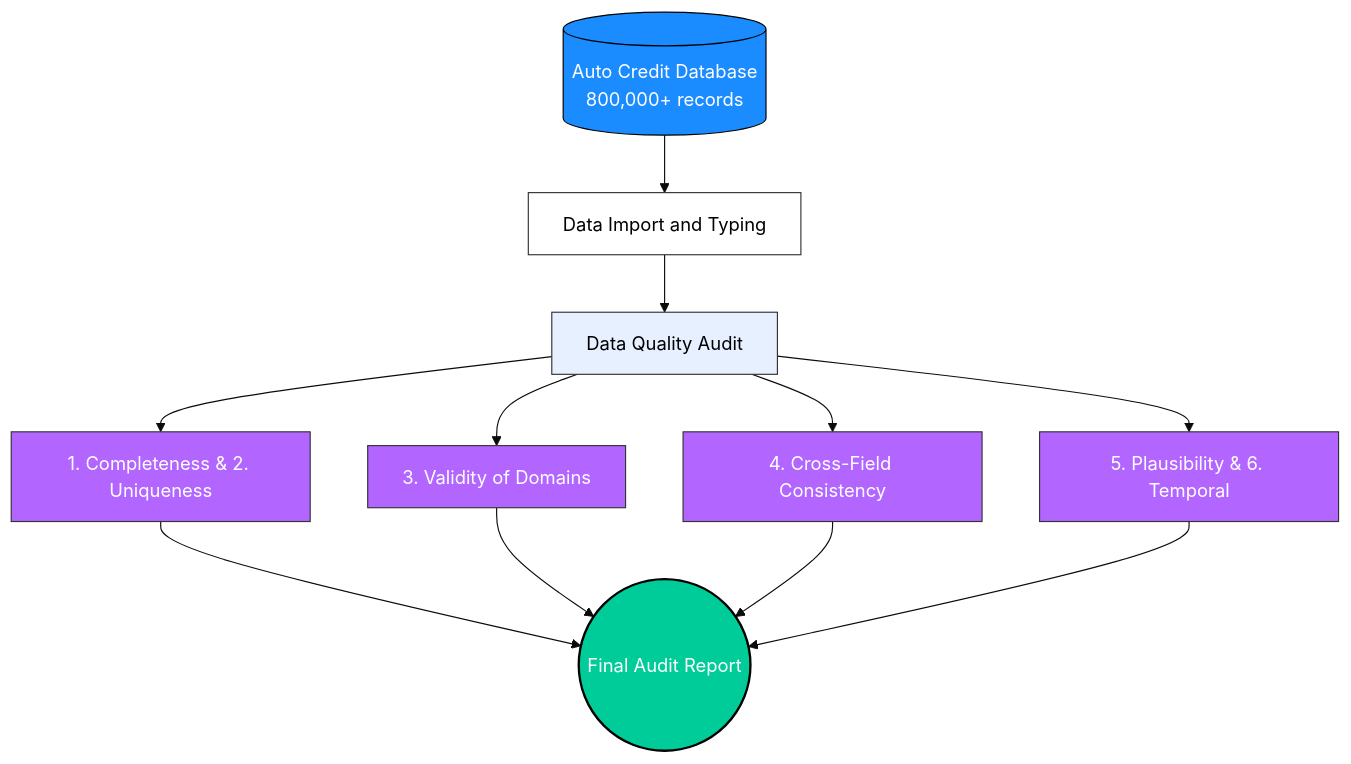
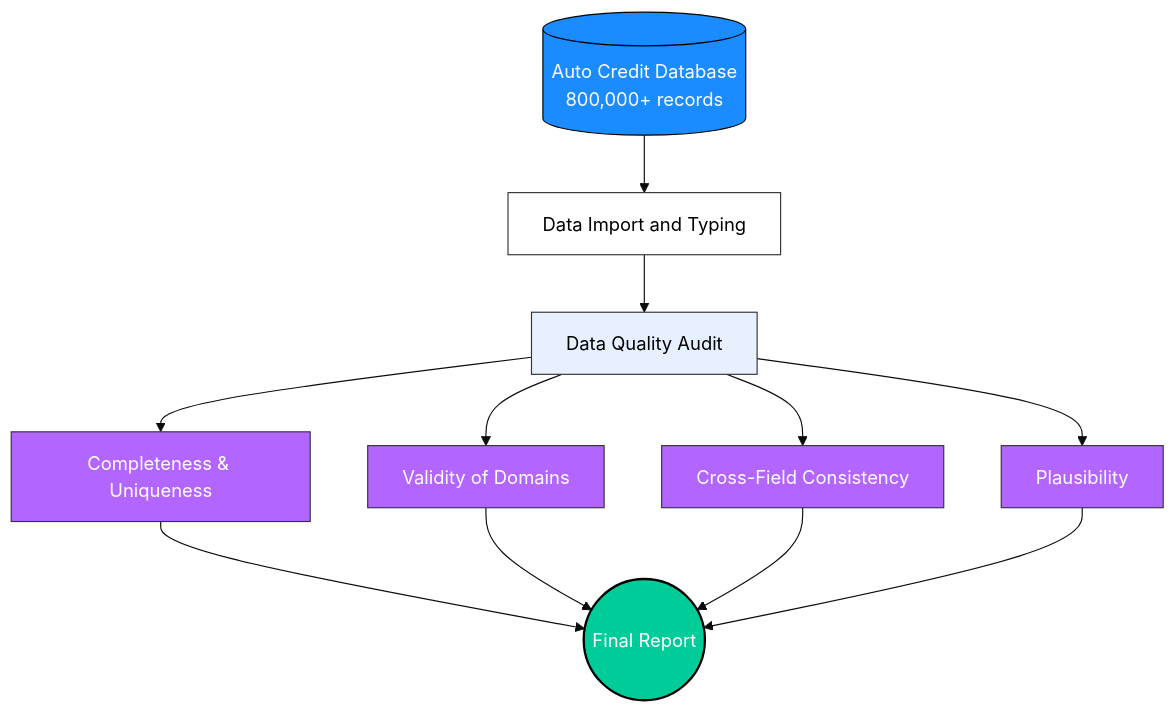
Before and after one commit to EnzoL987/Credit_Auto_Data_Quality_Audit_Econ: the diagram in README.md, drawn with Mermaid (base theme). The commit also changed other lines of this file, not shown here.

````diff
--- a/README.md
+++ b/README.md
@@ -17,27 +17,27 @@
 ```mermaid 
 graph TD
     %% Source
     A[(Auto Credit Database <br/> 800,000+ records)]:::blue --> B[Data Import and Typing]:::white
 
     %% Audit of the 6 dimensions
     B --> C[Data Quality Audit]:::light
     
-    C --> D[1. Completeness & 2. Uniqueness]:::purple
-    C --> E[3. Validity of Domains]:::purple
-    C --> F[4. Cross-Field Consistency]:::purple
-    C --> G[5. Plausibility & 6. Temporal]:::purple
+    C --> D[Completeness & Uniqueness]:::purple
+    C --> E[Validity of Domains]:::purple
+    C --> F[Cross-Field Consistency]:::purple
+    C --> G[Plausibility]:::purple
 
     %% Report
-    D --> H((Final Audit Report)):::green
+    D --> H((Final Report)):::green
     E --> H
     F --> H
     G --> H
 
 
     %% Styles
     classDef blue fill:#1a8cff,stroke:#000,stroke-width:1px,color:#fff;
     classDef white fill:#ffffff,stroke:#333,stroke-width:1px,color:#000;
     classDef light fill:#e6f0ff,stroke:#333,stroke-width:1px,color:#000;
     classDef purple fill:#b366ff,stroke:#333,stroke-width:1px,color:#fff;
     classDef green fill:#00cc99,stroke:#000,stroke-width:2px,color:#fff;
 ```
````
